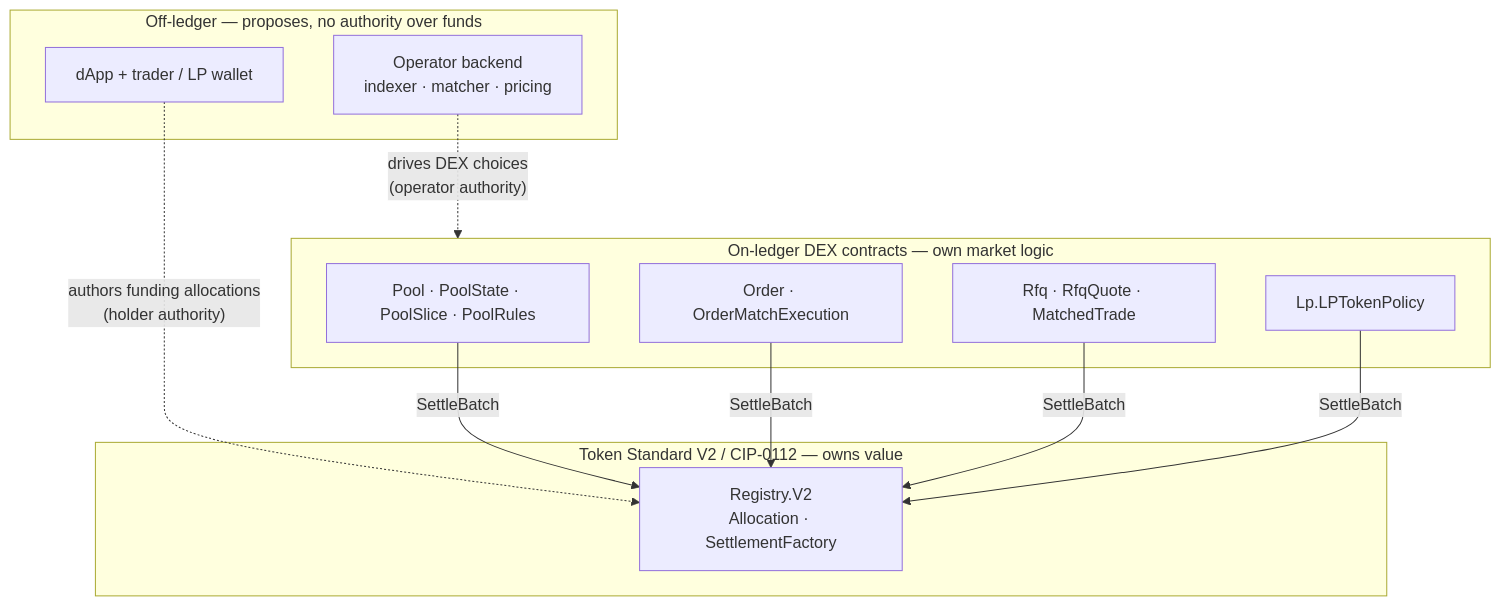
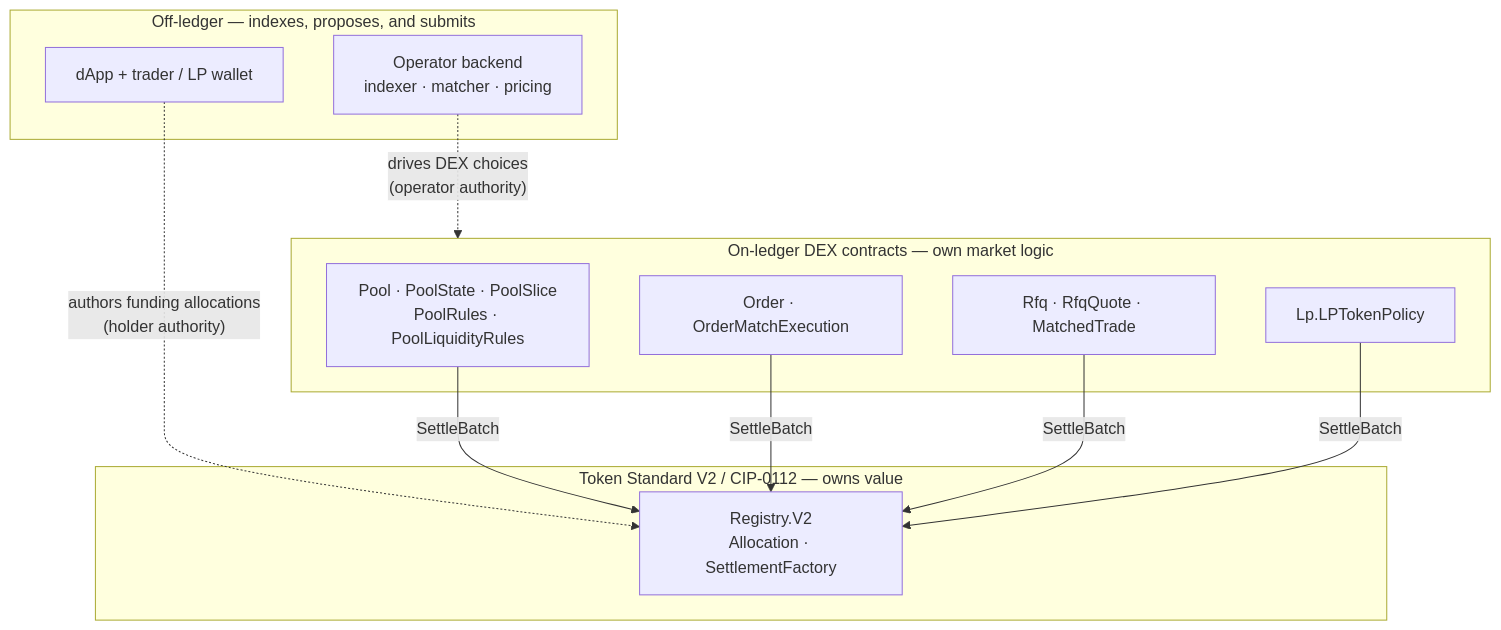
Before and after one commit to srikanth-bitdynamics/Canton-Dex-Reference-Implementation: the first of 3 diagrams in docs/concepts/architecture.md, drawn with Mermaid. The commit also changed other lines of this file and 132 other files, not shown here.

````diff
--- a/docs/concepts/architecture.md
+++ b/docs/concepts/architecture.md
@@ -12,19 +12,19 @@
 ```mermaid
 flowchart TB
-  subgraph off["Off-ledger — proposes, no authority over funds"]
+  subgraph off["Off-ledger — indexes, proposes, and submits"]
     dapp["dApp + trader / LP wallet"]
     backend["Operator backend<br/>indexer · matcher · pricing"]
   end
   subgraph dex["On-ledger DEX contracts — own market logic"]
-    pools["Pool · PoolState · PoolSlice · PoolRules"]
+    pools["Pool · PoolState · PoolSlice<br/>PoolRules · PoolLiquidityRules"]
     orders["Order · OrderMatchExecution"]
     otc["Rfq · RfqQuote · MatchedTrade"]
     lp["Lp.LPTokenPolicy"]
   end
   subgraph spine["Token Standard V2 / CIP-0112 — owns value"]
     reg["Registry.V2<br/>Allocation · SettlementFactory"]
   end
   backend -. "drives DEX choices<br/>(operator authority)" .-> dex
   dapp -. "authors funding allocations<br/>(holder authority)" .-> reg
   pools & orders & otc & lp -- "SettleBatch" --> reg
 ```
````
